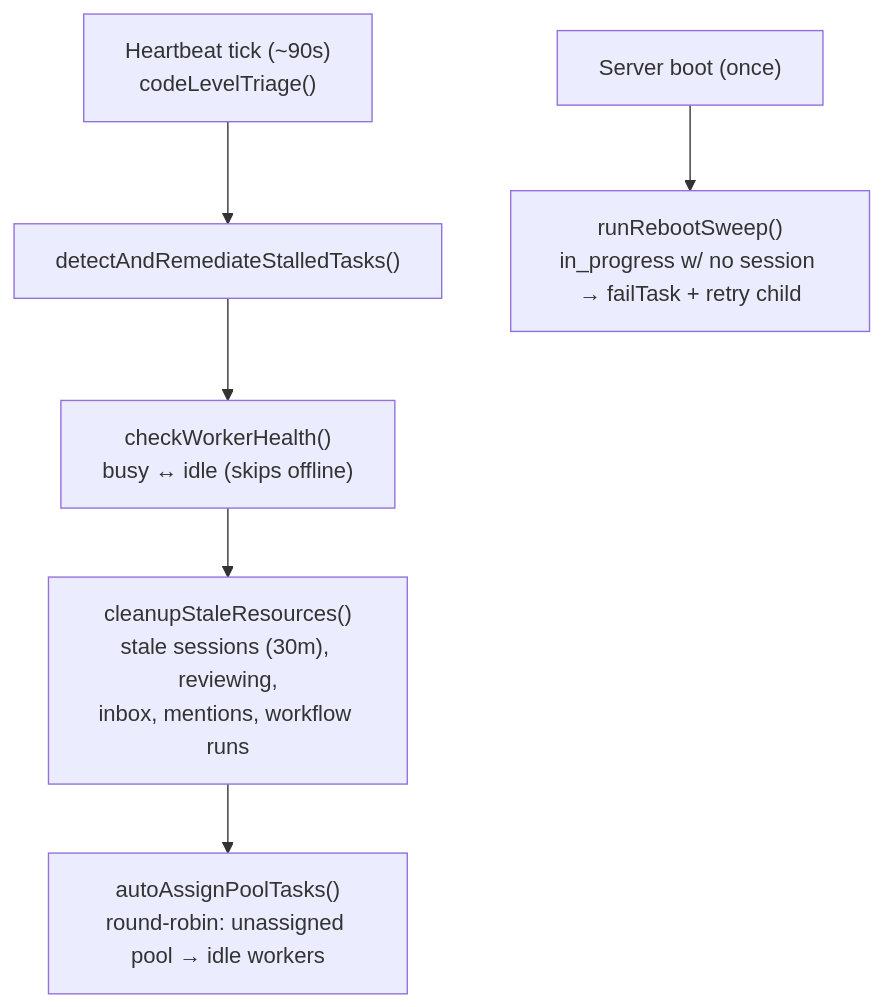
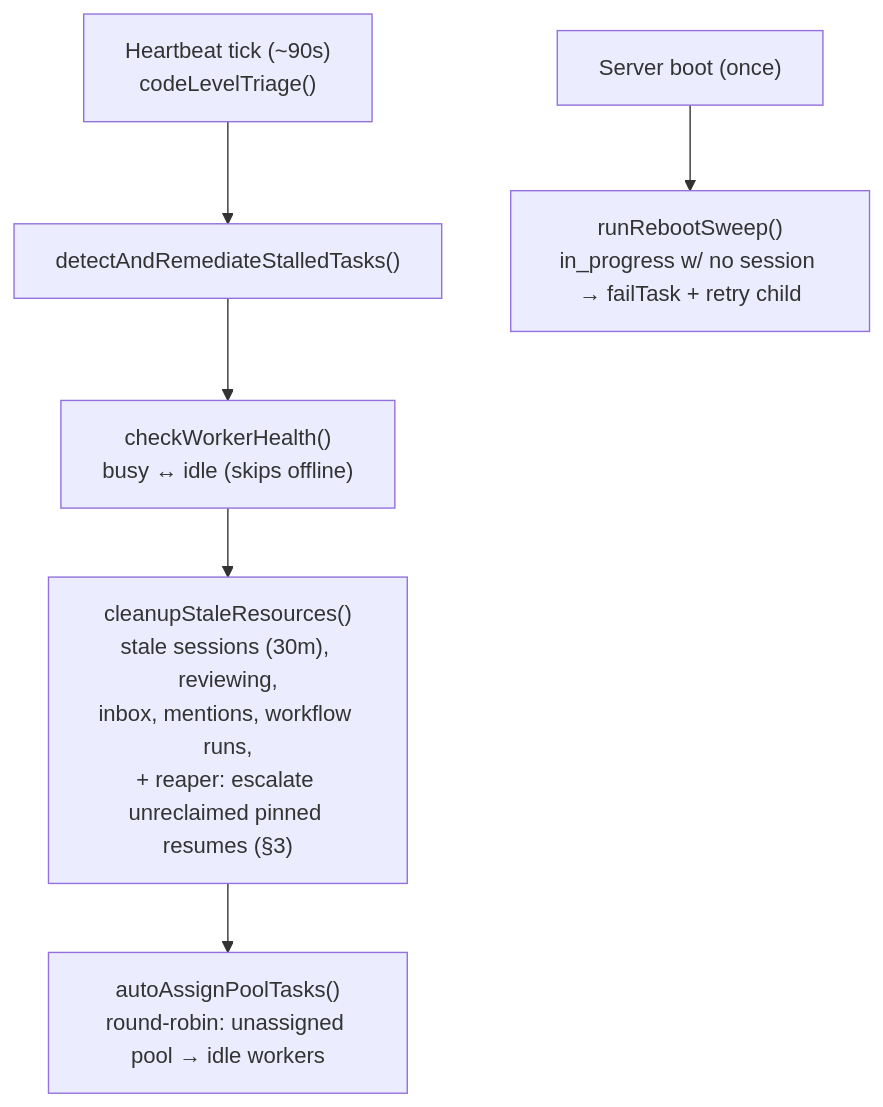
One commit to desplega-ai/agent-swarm changed the first of 3 diagrams in runbooks/heartbeat-crash-recovery.md. Above: the diagram before and after it, drawn with Mermaid. The commit also changed other lines of this file and 2 other files, not shown here.

````diff
--- a/runbooks/heartbeat-crash-recovery.md
+++ b/runbooks/heartbeat-crash-recovery.md
@@ -13,9 +13,9 @@
 ```mermaid
 flowchart TD
   tick["Heartbeat tick (~90s)<br/>codeLevelTriage()"] --> detect["detectAndRemediateStalledTasks()"]
   detect --> health["checkWorkerHealth()<br/>busy ↔ idle (skips offline)"]
-  health --> cleanup["cleanupStaleResources()<br/>stale sessions (30m), reviewing,<br/>inbox, mentions, workflow runs"]
+  health --> cleanup["cleanupStaleResources()<br/>stale sessions (30m), reviewing,<br/>inbox, mentions, workflow runs,<br/>+ reaper: escalate unreclaimed pinned resumes (§3)"]
   cleanup --> assign["autoAssignPoolTasks()<br/>round-robin: unassigned pool → idle workers"]
 
   boot["Server boot (once)"] --> reboot["runRebootSweep()<br/>in_progress w/ no session → failTask + retry child"]
 ```
````
